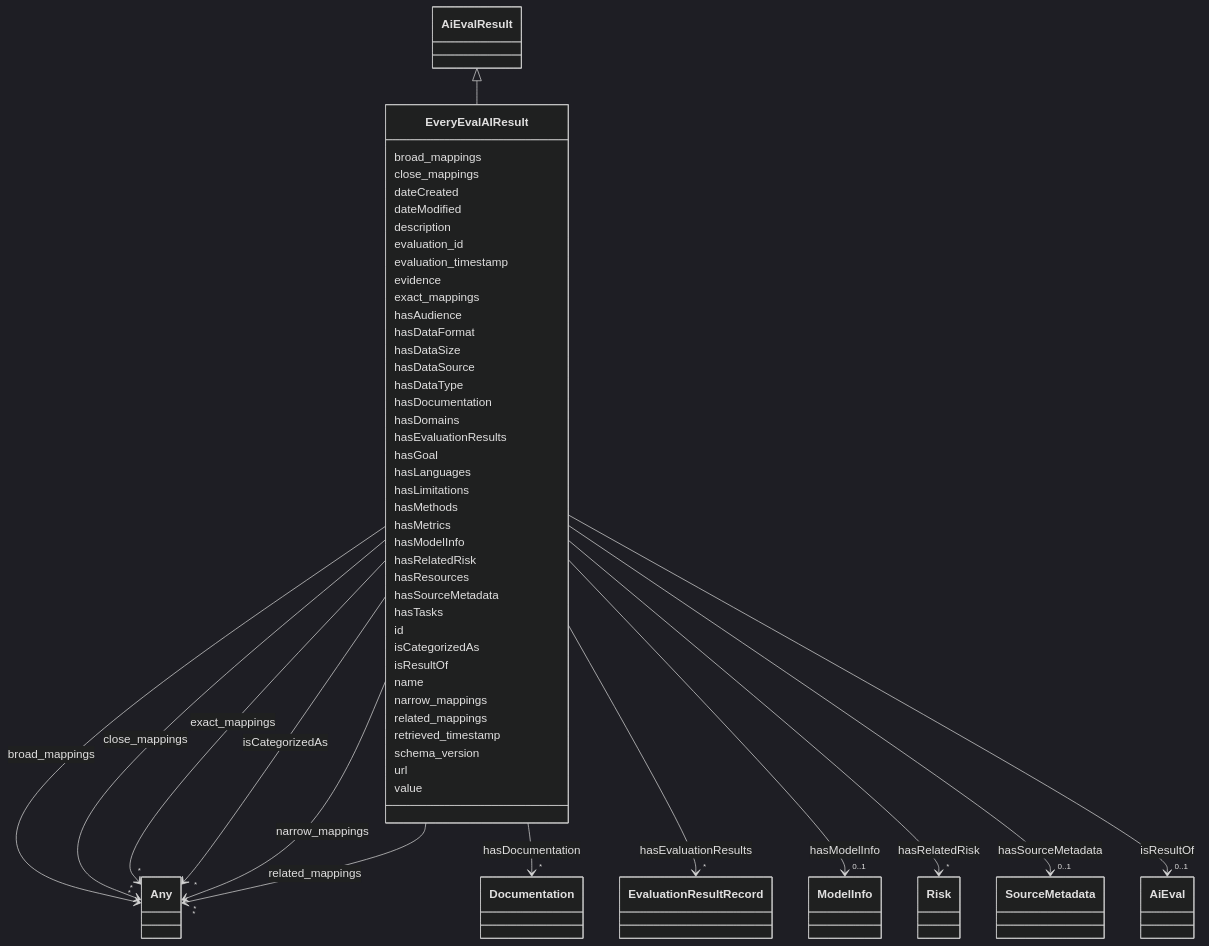
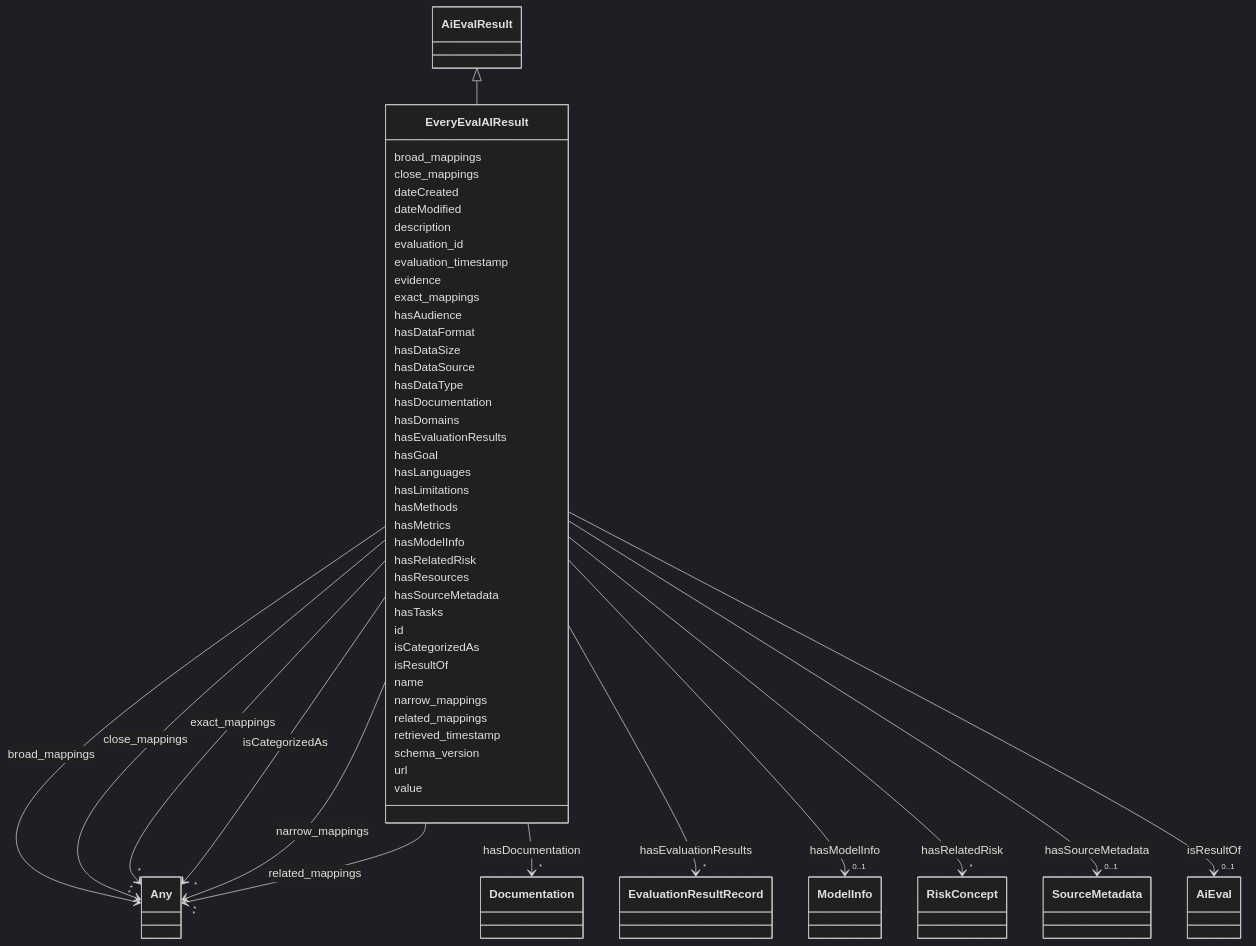
One commit to ingelise/risk-atlas-nexus changed the diagram in docs/ontology/EveryEvalAIResult.md. Above: the diagram before and after it, drawn with Mermaid (dark theme). The commit also changed other lines of this file and 340 other files, not shown here.

```diff
--- a/docs/ontology/EveryEvalAIResult.md
+++ b/docs/ontology/EveryEvalAIResult.md
@@ -117,8 +124,8 @@
 
 
 
-        EveryEvalAIResult --> "*" Risk : hasRelatedRisk
-        click Risk href "../Risk/"
+        EveryEvalAIResult --> "*" RiskConcept : hasRelatedRisk
+        click RiskConcept href "../RiskConcept/"
 
 
 
```
